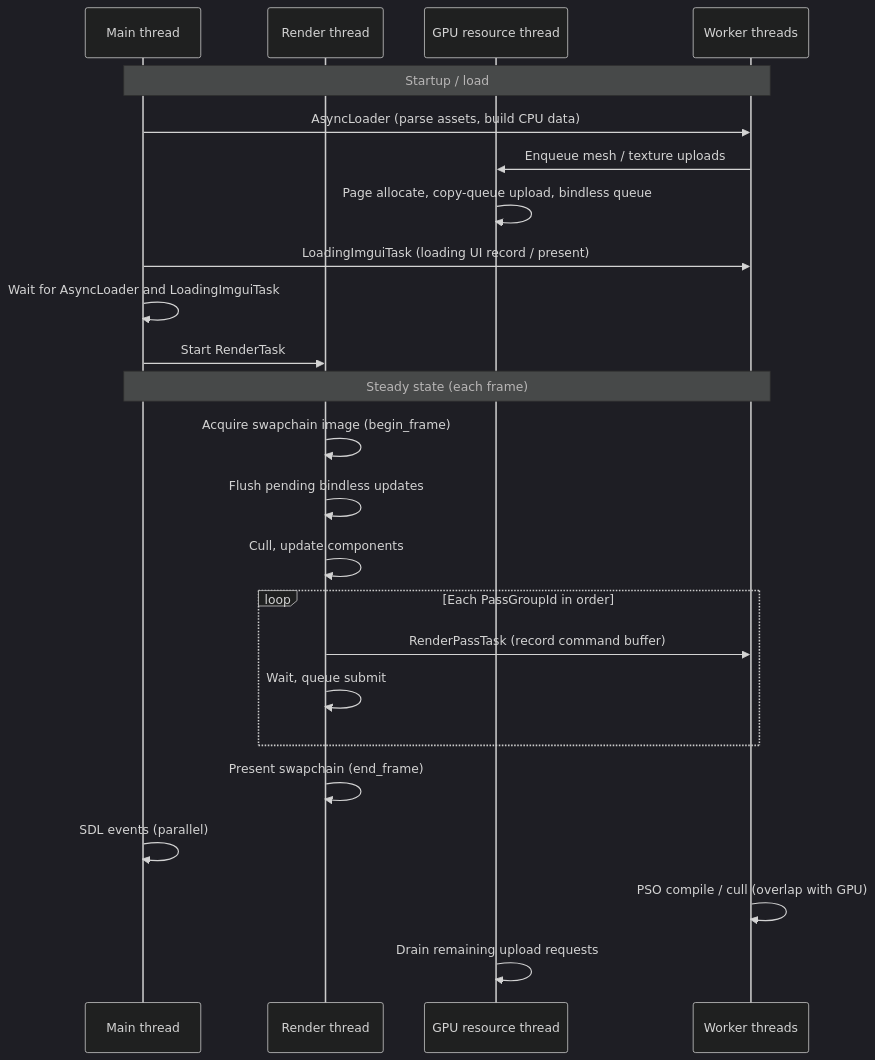
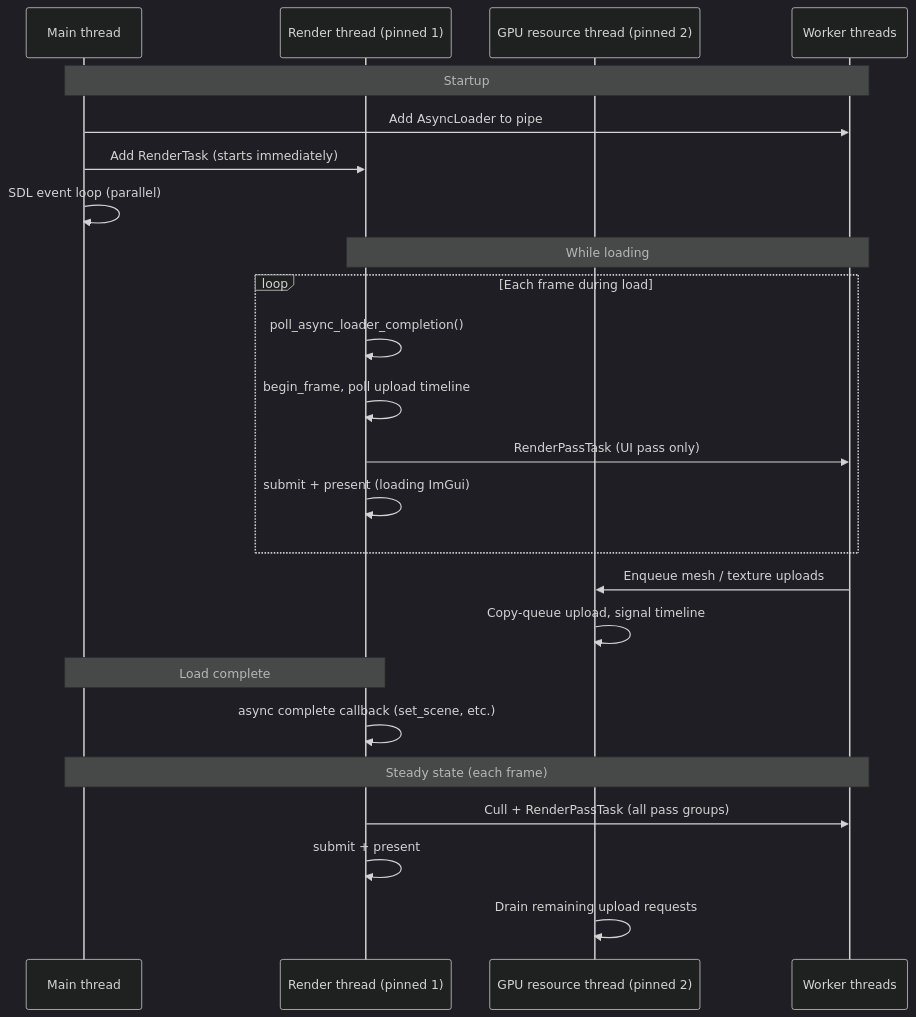
The second of 3 diagrams in README.md (airliang/ocarina_vulkan), drawn with Mermaid (dark theme) before and after one commit. The commit also changed other lines of this file and 67 other files, not shown here.

````diff
--- a/README.md
+++ b/README.md
@@ -113,28 +98,30 @@
 ```mermaid
 sequenceDiagram
     participant Main as Main thread
-    participant Render as Render thread
-    participant GPURes as GPU resource thread
+    participant Render as Render thread (pinned 1)
+    participant GPURes as GPU resource thread (pinned 2)
     participant Worker as Worker threads
 
-    Note over Main,Worker: Startup / load
-    Main->>Worker: AsyncLoader (parse assets, build CPU data)
+    Note over Main,Worker: Startup
+    Main->>Worker: Add AsyncLoader to pipe
+    Main->>Render: Add RenderTask (starts immediately)
+    Main->>Main: SDL event loop (parallel)
+
+    Note over Render,Worker: While loading
+    loop Each frame during load
+        Render->>Render: poll_async_loader_completion()
+        Render->>Render: begin_frame, poll upload timeline
+        Render->>Worker: RenderPassTask (UI pass only)
+        Render->>Render: submit + present (loading ImGui)
+    end
     Worker->>GPURes: Enqueue mesh / texture uploads
-    GPURes->>GPURes: Page allocate, copy-queue upload, bindless queue
-    Main->>Worker: LoadingImguiTask (loading UI record / present)
-    Main->>Main: Wait for AsyncLoader and LoadingImguiTask
-    Main->>Render: Start RenderTask
+    GPURes->>GPURes: Copy-queue upload, signal timeline
+
+    Note over Render,Main: Load complete
+    Render->>Render: async complete callback (set_scene, etc.)
 
     Note over Main,Worker: Steady state (each frame)
-    Render->>Render: Acquire swapchain image (begin_frame)
-    Render->>Render: Flush pending bindless updates
-    Render->>Render: Cull, update components
-    loop Each PassGroupId in order
-        Render->>Worker: RenderPassTask (record command buffer)
-        Render->>Render: Wait, queue submit
-    end
-    Render->>Render: Present swapchain (end_frame)
-    Main->>Main: SDL events (parallel)
-    Worker->>Worker: PSO compile / cull (overlap with GPU)
+    Render->>Worker: Cull + RenderPassTask (all pass groups)
+    Render->>Render: submit + present
     GPURes->>GPURes: Drain remaining upload requests
 ```
````
